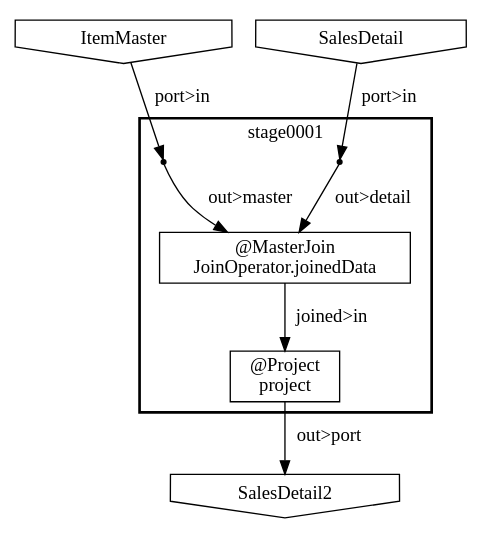
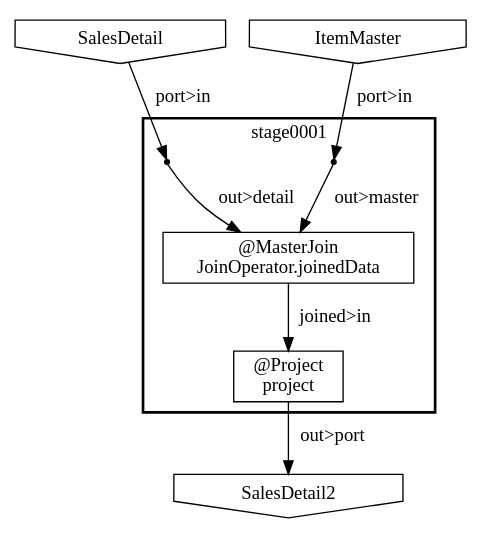
One commit to ironpeace/Asakusa-FirstStep changed the diagram in target/batchc/FirstStepBatch/opt/dsl-analysis/jobflow/MainJobFlow/stageblock-1.dot. Above: the diagram before and after it, drawn with Graphviz. The commit also changed 39 other files, not shown here.

```diff
--- a/target/batchc/FirstStepBatch/opt/dsl-analysis/jobflow/MainJobFlow/stageblock-1.dot
+++ b/target/batchc/FirstStepBatch/opt/dsl-analysis/jobflow/MainJobFlow/stageblock-1.dot
@@ -1,19 +1,19 @@
 digraph {
-    "70677e06-221d-4a5e-be1b-3db6f8c5fd00" [shape=invhouse, label="ItemMaster"];
-    subgraph "cluster_fc9b76d1-56d3-430d-b869-53865aa00d85" {
+    "9cfc9aa3-e5c2-47f2-a6eb-551dd7a54a95" [shape=invhouse, label="SalesDetail"];
+    "cc6c4393-71a8-4bd8-9718-50302858d8c4" [shape=invhouse, label="SalesDetail2"];
+    "5f68d22e-5194-4106-aeac-40c76afbb89c" [shape=invhouse, label="ItemMaster"];
+    subgraph "cluster_6c3b429e-99c1-4dda-890f-9116b5a4f863" {
         label = "stage0001";
         style = bold;
-        "92486acf-1850-439c-b99e-5337adf9514a" [shape=point];
-        "18548774-d3de-4165-8912-516692190c9b" [shape=point];
-        "99ae5c85-e23e-4e23-aef4-a0b2c3074fbb" [shape=box, label="@Project\nproject"];
-        "acc6461a-957a-4f8a-a453-1242c84867bf" [shape=box, label="@MasterJoin\nJoinOperator.joinedData"];
+        "593ab10b-edfb-41df-9c1e-19ca942f5aeb" [shape=point];
+        "f17419d2-5f30-4788-be5c-45dc695009d2" [shape=point];
+        "16a93fd4-6e37-43d5-b864-89b36e4fdedc" [shape=box, label="@MasterJoin\nJoinOperator.joinedData"];
+        "22c027c4-b07d-4bf5-8855-6e87cc19d359" [shape=box, label="@Project\nproject"];
     }
-    "5df56a1e-e820-404b-94be-867eed959f02" [shape=invhouse, label="SalesDetail"];
-    "7d92faed-0284-4e33-8e34-b08b07222971" [shape=invhouse, label="SalesDetail2"];
-    "70677e06-221d-4a5e-be1b-3db6f8c5fd00" -> "92486acf-1850-439c-b99e-5337adf9514a" [label="port>in"];
-    "5df56a1e-e820-404b-94be-867eed959f02" -> "18548774-d3de-4165-8912-516692190c9b" [label="port>in"];
-    "18548774-d3de-4165-8912-516692190c9b" -> "acc6461a-957a-4f8a-a453-1242c84867bf" [label="out>detail"];
-    "92486acf-1850-439c-b99e-5337adf9514a" -> "acc6461a-957a-4f8a-a453-1242c84867bf" [label="out>master"];
-    "99ae5c85-e23e-4e23-aef4-a0b2c3074fbb" -> "7d92faed-0284-4e33-8e34-b08b07222971" [label="out>port"];
-    "acc6461a-957a-4f8a-a453-1242c84867bf" -> "99ae5c85-e23e-4e23-aef4-a0b2c3074fbb" [label="joined>in"];
+    "5f68d22e-5194-4106-aeac-40c76afbb89c" -> "f17419d2-5f30-4788-be5c-45dc695009d2" [label="port>in"];
+    "9cfc9aa3-e5c2-47f2-a6eb-551dd7a54a95" -> "593ab10b-edfb-41df-9c1e-19ca942f5aeb" [label="port>in"];
+    "593ab10b-edfb-41df-9c1e-19ca942f5aeb" -> "16a93fd4-6e37-43d5-b864-89b36e4fdedc" [label="out>detail"];
+    "f17419d2-5f30-4788-be5c-45dc695009d2" -> "16a93fd4-6e37-43d5-b864-89b36e4fdedc" [label="out>master"];
+    "22c027c4-b07d-4bf5-8855-6e87cc19d359" -> "cc6c4393-71a8-4bd8-9718-50302858d8c4" [label="out>port"];
+    "16a93fd4-6e37-43d5-b864-89b36e4fdedc" -> "22c027c4-b07d-4bf5-8855-6e87cc19d359" [label="joined>in"];
 }
```
